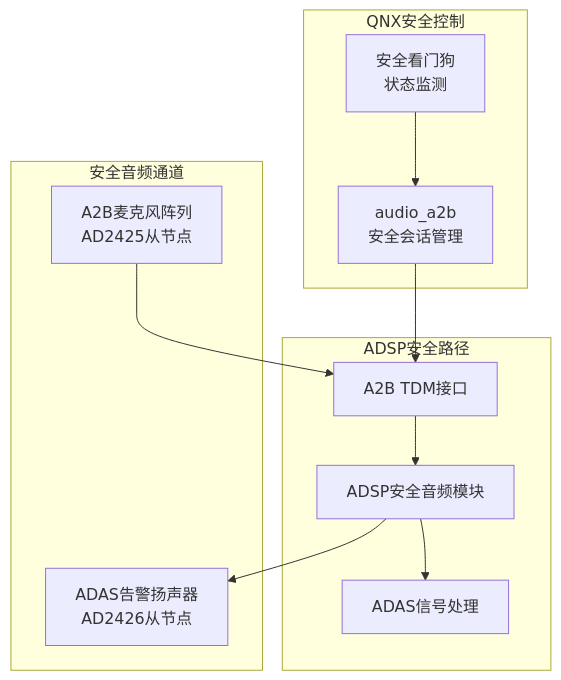
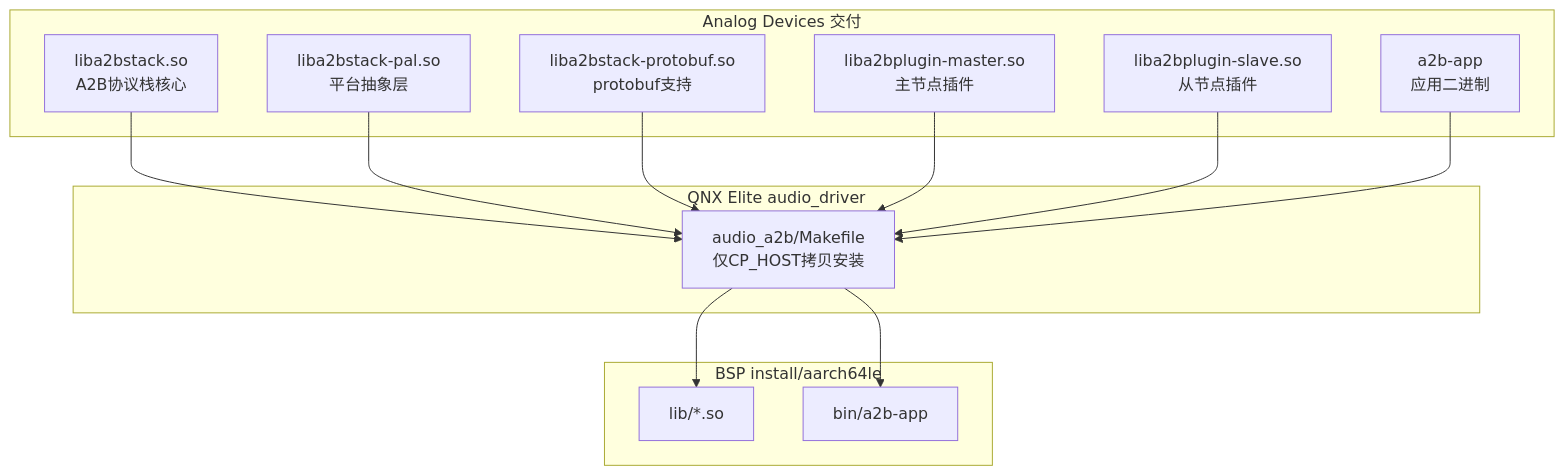
The diagram in 16_Vendor_QNX_Architecture/16_16.20_QNX_audio_a2b_A2B总线音频.md (yanglinzhen1022/SA8295_AAOS_QNX_Audio_KnowledgeBase), drawn with Mermaid before and after one commit. The commit also changed other lines of this file and 48 other files, not shown here.

````diff
--- a/16_Vendor_QNX_Architecture/16_16.20_QNX_audio_a2b_A2B总线音频.md
+++ b/16_Vendor_QNX_Architecture/16_16.20_QNX_audio_a2b_A2B总线音频.md
@@ -374,25 +117,29 @@
 ```mermaid
 graph TB
-    subgraph A2B_Safety[安全音频通道]
-        MIC_ARRAY[A2B麦克风阵列<br/>AD2425从节点]
-        ADAS_WARN[ADAS告警扬声器<br/>AD2426从节点]
+    subgraph ADI[Analog Devices 交付]
+        stack[liba2bstack.so<br/>A2B协议栈核心]
+        pal[liba2bstack-pal.so<br/>平台抽象层]
+        pb[liba2bstack-protobuf.so<br/>protobuf支持]
+        pmaster[liba2bplugin-master.so<br/>主节点插件]
+        pslave[liba2bplugin-slave.so<br/>从节点插件]
+        app[a2b-app<br/>应用二进制]
     end
 
-    subgraph ADSP_Path[ADSP安全路径]
-        A2B_TDM[A2B TDM接口]
-        ADSP_SAFETY[ADSP安全音频模块]
-        ADAS_PROC[ADAS信号处理]
+    subgraph QNX[QNX Elite audio_driver]
+        mk[audio_a2b/Makefile<br/>仅CP_HOST拷贝安装]
     end
 
-    subgraph QNX_Control[QNX安全控制]
-        QNX_A2B[audio_a2b<br/>安全会话管理]
-        QNX_WATCH[安全看门狗<br/>状态监测]
+    subgraph STAGING[BSP install/aarch64le]
+        libdir[lib/*.so]
+        bindir[bin/a2b-app]
     end
 
-    MIC_ARRAY --> A2B_TDM
-    A2B_TDM --> ADSP_SAFETY
-    ADSP_SAFETY --> ADAS_PROC
-    ADSP_SAFETY --> ADAS_WARN
-    QNX_A2B --> A2B_TDM
-    QNX_WATCH --> QNX_A2B
+    stack --> mk
+    pal --> mk
+    pb --> mk
+    pmaster --> mk
+    pslave --> mk
+    app --> mk
+    mk --> libdir
+    mk --> bindir
 ```
````
